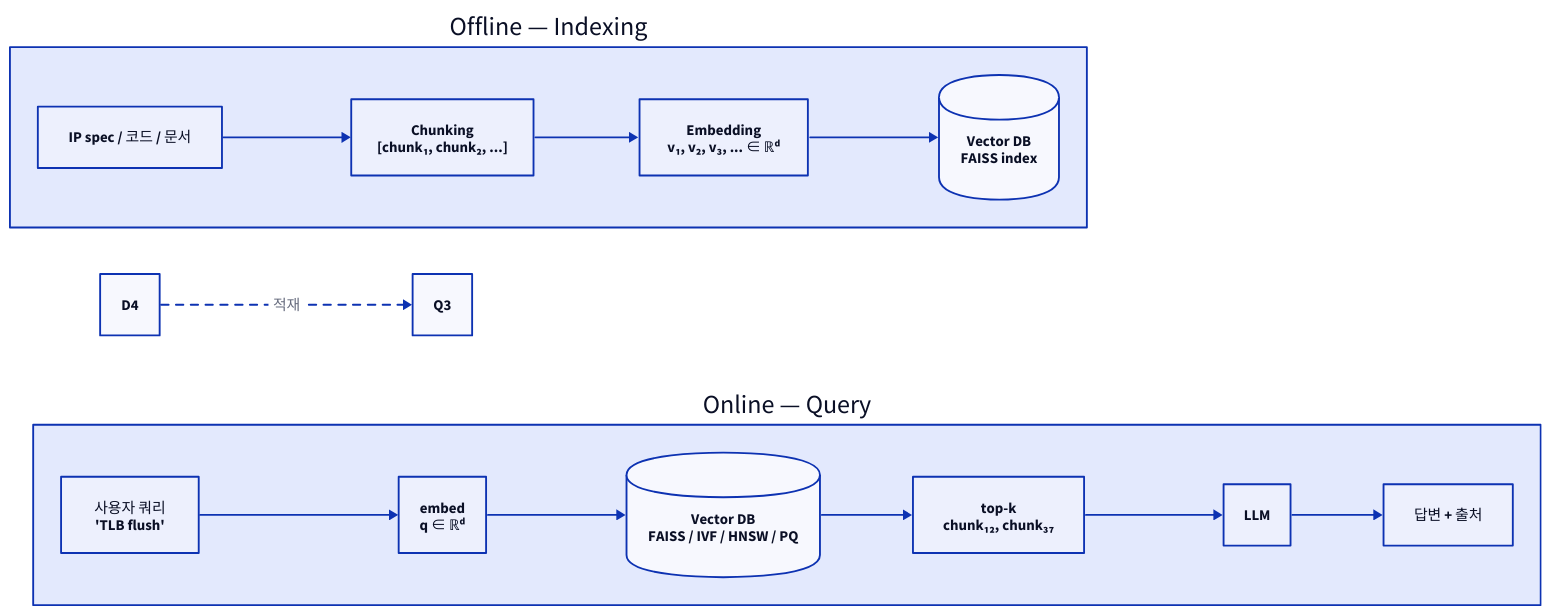
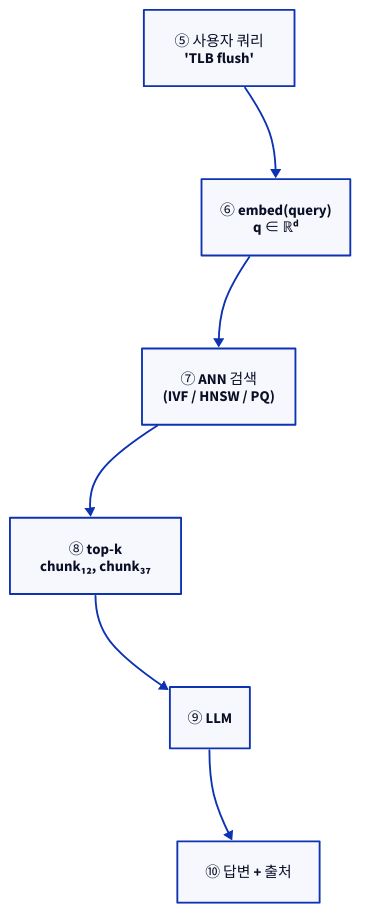
Before and after one commit to humbleowl39/DV_SKOOL: the second of 3 diagrams in topics/ai_engineering/docs/03_embedding_vectordb.md, drawn with D2. The commit also changed other lines of this file and 90 other files, not shown here.

First line of the commit message:
docs: 전 토픽 다이어그램 정비 — ASCII→D2, mermaid→D2, 과대 D2 가시성 수정

````diff
--- a/topics/ai_engineering/docs/03_embedding_vectordb.md
+++ b/topics/ai_engineering/docs/03_embedding_vectordb.md
@@ -92,29 +108,18 @@
 ```d2
-direction: right
+direction: down
 
-OFF: "Offline — Indexing" {
-  direction: down
-  D1: "IP spec / 코드 / 문서"
-  D2: "Chunking\n[chunk₁, chunk₂, ...]"
-  D3: "Embedding\nv₁, v₂, v₃, ... ∈ ℝᵈ"
-  D4: "Vector DB\nFAISS index" { shape: cylinder }
-  D1 -> D2
-  D2 -> D3
-  D3 -> D4
-}
-ON: "Online — Query" {
-  direction: down
-  Q1: "사용자 쿼리\n'TLB flush'"
-  Q2: "embed\nq ∈ ℝᵈ"
-  Q3: "Vector DB\nFAISS / IVF / HNSW / PQ" { shape: cylinder }
-  Q4: "top-k\nchunk₁₂, chunk₃₇"
-  Q5: "LLM"
-  Q6: "답변 + 출처"
-  Q1 -> Q2
-  Q2 -> Q3
-  Q3 -> Q4
-  Q4 -> Q5
-  Q5 -> Q6
-}
-D4 -> Q3: "적재" { style.stroke-dash: 4 }
+Q1: "⑤ 사용자 쿼리\n'TLB flush'"
+Q2: "⑥ embed(query)\nq ∈ ℝᵈ"
+Q3: "⑦ ANN 검색\n(IVF / HNSW / PQ)"
+Q4: "⑧ top-k\nchunk₁₂, chunk₃₇"
+Q5: "⑨ LLM"
+Q6: "⑩ 답변 + 출처"
+Q1 -> Q2
+Q2 -> Q3
+Q3 -> Q4
+Q4 -> Q5
+Q5 -> Q6
+Q1 -> Q4: { style.opacity: 0.0 }
+Q2 -> Q5: { style.opacity: 0.0 }
+Q3 -> Q6: { style.opacity: 0.0 }
 ```
````
